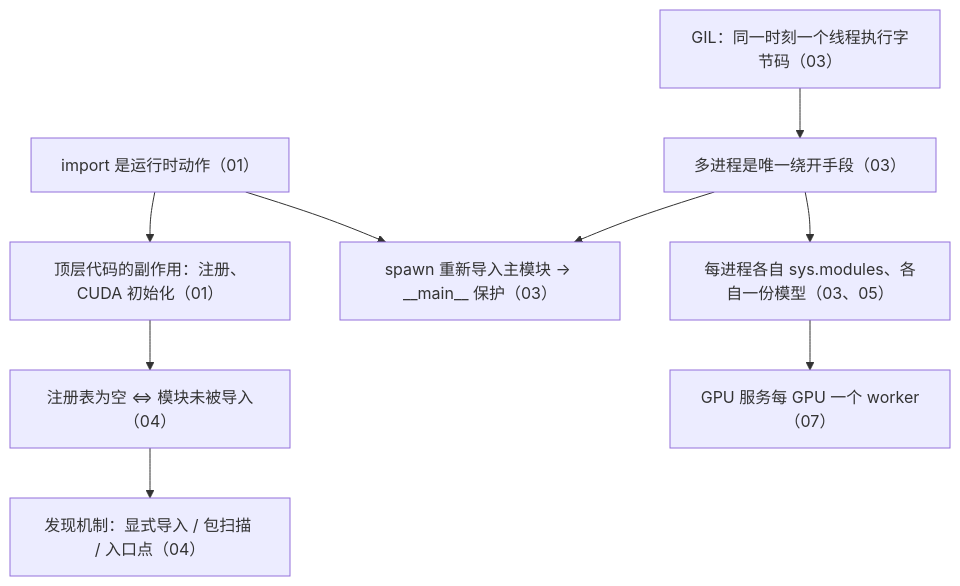
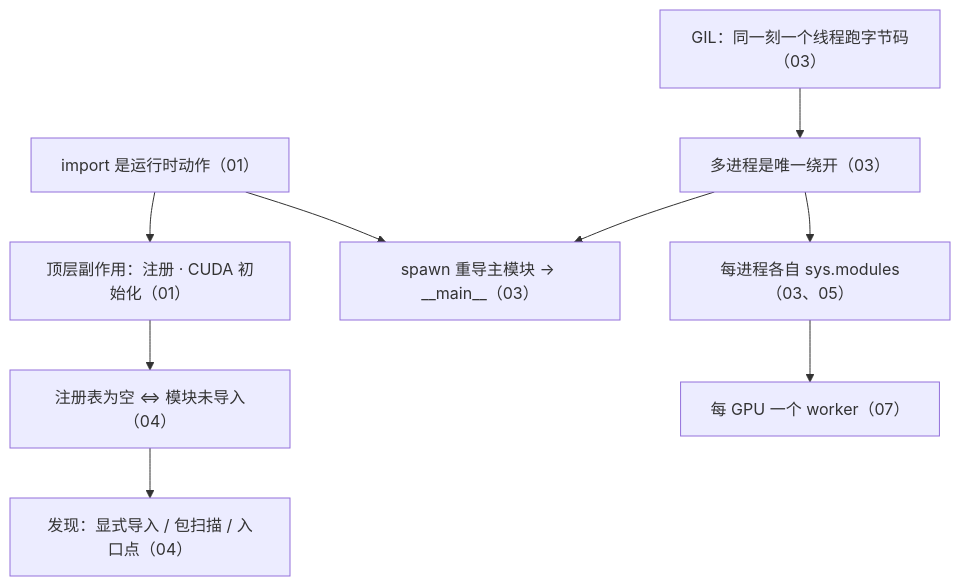
Before and after one commit to arganzheng/arganzheng.github.com: the fourth of 4 diagrams in slides/2026-01-30-python-for-ai-infra.md, drawn with Mermaid. The commit also changed other lines of this file, not shown here.

Commit message:
slides(2026-01-30-python-for-ai-infra): 图内文字 ≥14px——标签缩短/拆分/Unicode 数学

````diff
--- a/slides/2026-01-30-python-for-ai-infra.md
+++ b/slides/2026-01-30-python-for-ai-infra.md
@@ -238,12 +246,12 @@
 ```mermaid
 %%{init: {"flowchart": {"wrappingWidth": 220}}}%%
 flowchart TB
-    A["import 是运行时动作（01）"] --> B["顶层代码的副作用：注册、CUDA 初始化（01）"]
-    B --> C["注册表为空 ⇔ 模块未被导入（04）"]
-    C --> D["发现机制：显式导入 / 包扫描 / 入口点（04）"]
-    A --> H["spawn 重新导入主模块 → __main__ 保护（03）"]
-    E["GIL：同一时刻一个线程执行字节码（03）"] --> F["多进程是唯一绕开手段（03）"]
+    A["import 是运行时动作（01）"] --> B["顶层副作用：注册 · CUDA 初始化（01）"]
+    B --> C["注册表为空 ⇔ 模块未导入（04）"]
+    C --> D["发现：显式导入 / 包扫描 / 入口点（04）"]
+    A --> H["spawn 重导主模块 → __main__（03）"]
+    E["GIL：同一刻一个线程跑字节码（03）"] --> F["多进程是唯一绕开（03）"]
     F --> H
-    F --> G["每进程各自 sys.modules、各自一份模型（03、05）"]
-    G --> I["GPU 服务每 GPU 一个 worker（07）"]
+    F --> G["每进程各自 sys.modules（03、05）"]
+    G --> I["每 GPU 一个 worker（07）"]
 ```
````
